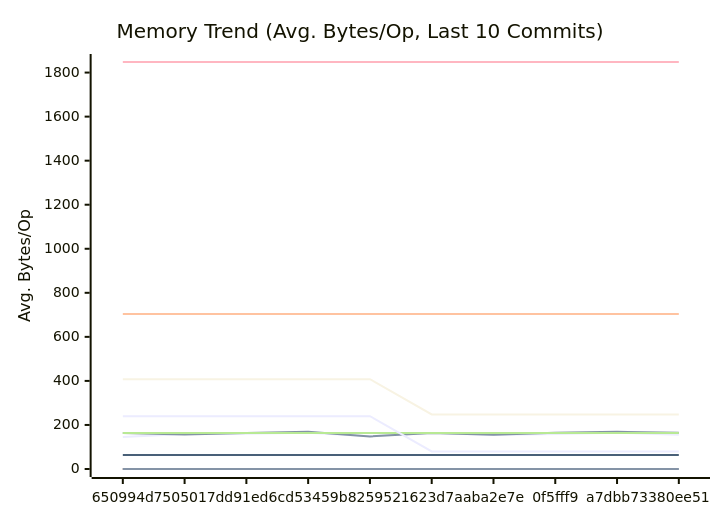
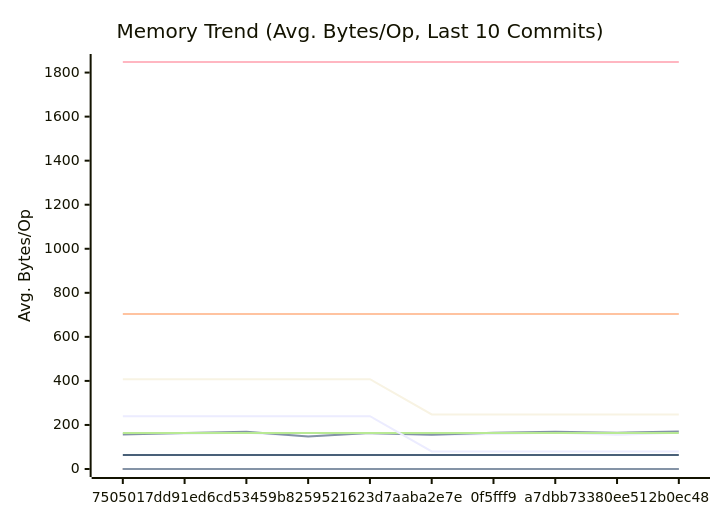
The second of 3 diagrams in docs/PERFORMANCE.md (alsotoes/momo), drawn with Mermaid before and after one commit. The commit also changed other lines of this file and 2 other files, not shown here.

````diff
--- a/docs/PERFORMANCE.md
+++ b/docs/PERFORMANCE.md
@@ -171,20 +171,20 @@
 ```mermaid
 xychart-beta
     title "Memory Trend (Avg. Bytes/Op, Last 10 Commits)"
     x-axis "Commit"
     y-axis "Avg. Bytes/Op"
-    x-axis [650994d,7505017,dd91ed6,cd53459,b825952,1623d7a,aba2e7e,0f5fff9,a7dbb73,380ee51]
-    line "AWSChunkedReaderSigned" [145,159,160,165,149,163,154,159,165,155]
-    line "AWSChunkedReaderUnsigned" [163,157,164,169,148,163,155,165,169,165]
+    x-axis [7505017,dd91ed6,cd53459,b825952,1623d7a,aba2e7e,0f5fff9,a7dbb73,380ee51,2b0ec48]
+    line "AWSChunkedReaderSigned" [159,160,165,149,163,154,159,165,155,165]
+    line "AWSChunkedReaderUnsigned" [157,164,169,148,163,155,165,169,165,170]
     line "CheckMetricsAndSwap" [0,0,0,0,0,0,0,0,0,0]
     line "CrushOptimized" [0,0,0,0,0,0,0,0,0,0]
     line "CrushOriginal" [164,164,164,164,164,164,164,164,164,164]
     line "IndexDirectTracking" [0,0,0,0,0,0,0,0,0,0]
     line "IndexSearch" [0,0,0,0,0,0,0,0,0,0]
     line "LoadGlobalConfig" [1848,1848,1848,1848,1848,1848,1848,1848,1848,1848]
     line "PadString" [64,64,64,64,64,64,64,64,64,64]
     line "ParseReplicationOrder_NoPrealloc" [408,408,408,408,408,248,248,248,248,248]
     line "ParseReplicationOrder_Prealloc" [240,240,240,240,240,80,80,80,80,80]
     line "SanitizeLog/Safe" [0,0,0,0,0,0,0,0,0,0]
     line "SanitizeLog/Unsafe" [704,704,704,704,704,704,704,704,704,704]
 ```
````
